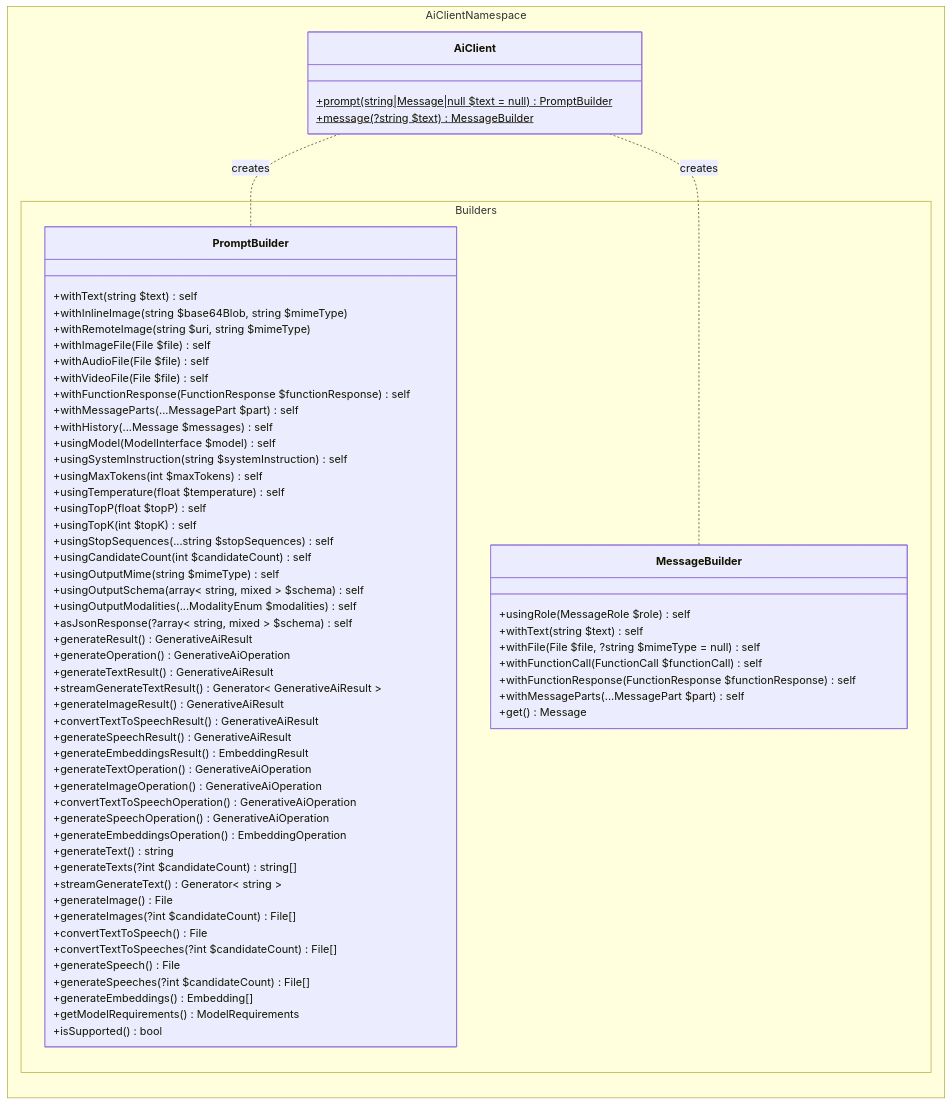
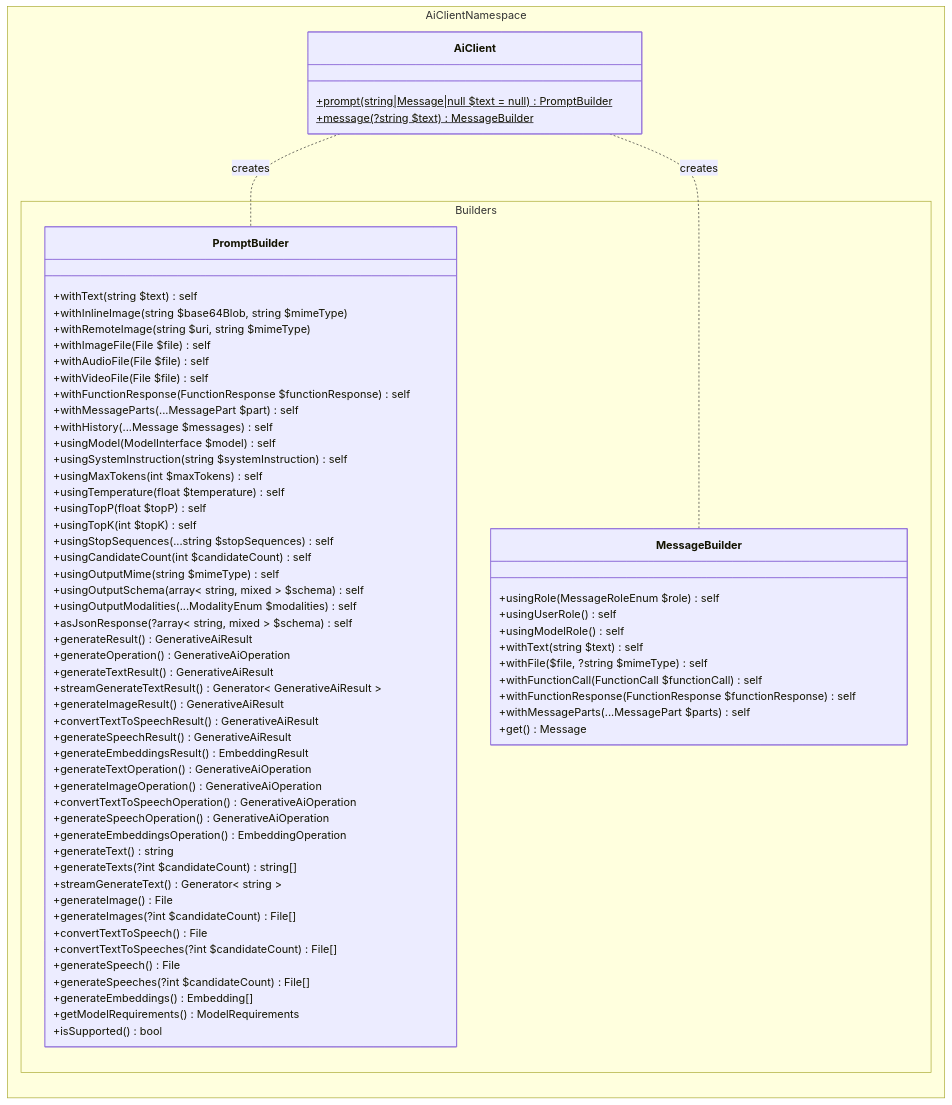
Before and after one commit to WordPress/php-ai-client: the first of 6 diagrams in docs/ARCHITECTURE.md, drawn with Mermaid.

Commit message:
chore: adds missing methods to architecture

````diff
--- a/docs/ARCHITECTURE.md
+++ b/docs/ARCHITECTURE.md
@@ -288,79 +288,81 @@
 ```mermaid
 ---
 config:
   class:
     hideEmptyMembersBox: true
 ---
 classDiagram
 direction LR
     namespace AiClientNamespace {
         class AiClient {
             +prompt(string|Message|null $text = null) PromptBuilder$
             +message(?string $text) MessageBuilder$
         }
     }
 
     namespace AiClientNamespace.Builders {
         class PromptBuilder {
             +withText(string $text) self
             +withInlineImage(string $base64Blob, string $mimeType)
             +withRemoteImage(string $uri, string $mimeType)
             +withImageFile(File $file) self
             +withAudioFile(File $file) self
             +withVideoFile(File $file) self
             +withFunctionResponse(FunctionResponse $functionResponse) self
             +withMessageParts(...MessagePart $part) self
             +withHistory(...Message $messages) self
             +usingModel(ModelInterface $model) self
             +usingSystemInstruction(string $systemInstruction) self
             +usingMaxTokens(int $maxTokens) self
             +usingTemperature(float $temperature) self
             +usingTopP(float $topP) self
             +usingTopK(int $topK) self
             +usingStopSequences(...string $stopSequences) self
             +usingCandidateCount(int $candidateCount) self
             +usingOutputMime(string $mimeType) self
             +usingOutputSchema(array< string, mixed > $schema) self
             +usingOutputModalities(...ModalityEnum $modalities) self
             +asJsonResponse(?array< string, mixed > $schema) self
             +generateResult() GenerativeAiResult
             +generateOperation() GenerativeAiOperation
             +generateTextResult() GenerativeAiResult
             +streamGenerateTextResult() Generator< GenerativeAiResult >
             +generateImageResult() GenerativeAiResult
             +convertTextToSpeechResult() GenerativeAiResult
             +generateSpeechResult() GenerativeAiResult
             +generateEmbeddingsResult() EmbeddingResult
             +generateTextOperation() GenerativeAiOperation
             +generateImageOperation() GenerativeAiOperation
             +convertTextToSpeechOperation() GenerativeAiOperation
             +generateSpeechOperation() GenerativeAiOperation
             +generateEmbeddingsOperation() EmbeddingOperation
             +generateText() string
             +generateTexts(?int $candidateCount) string[]
             +streamGenerateText() Generator< string >
             +generateImage() File
             +generateImages(?int $candidateCount) File[]
             +convertTextToSpeech() File
             +convertTextToSpeeches(?int $candidateCount) File[]
             +generateSpeech() File
             +generateSpeeches(?int $candidateCount) File[]
             +generateEmbeddings() Embedding[]
             +getModelRequirements() ModelRequirements
             +isSupported() bool
         }
 
         class MessageBuilder {
-            +usingRole(MessageRole $role) self
+            +usingRole(MessageRoleEnum $role) self
+            +usingUserRole() self
+            +usingModelRole() self
             +withText(string $text) self
-            +withFile(File $file, ?string $mimeType = null) self
+            +withFile($file, ?string $mimeType) self
             +withFunctionCall(FunctionCall $functionCall) self
             +withFunctionResponse(FunctionResponse $functionResponse) self
-            +withMessageParts(...MessagePart $part) self
+            +withMessageParts(...MessagePart $parts) self
             +get() Message
         }
     }
 
     AiClient .. PromptBuilder : creates
     AiClient .. MessageBuilder : creates
 ```
````
